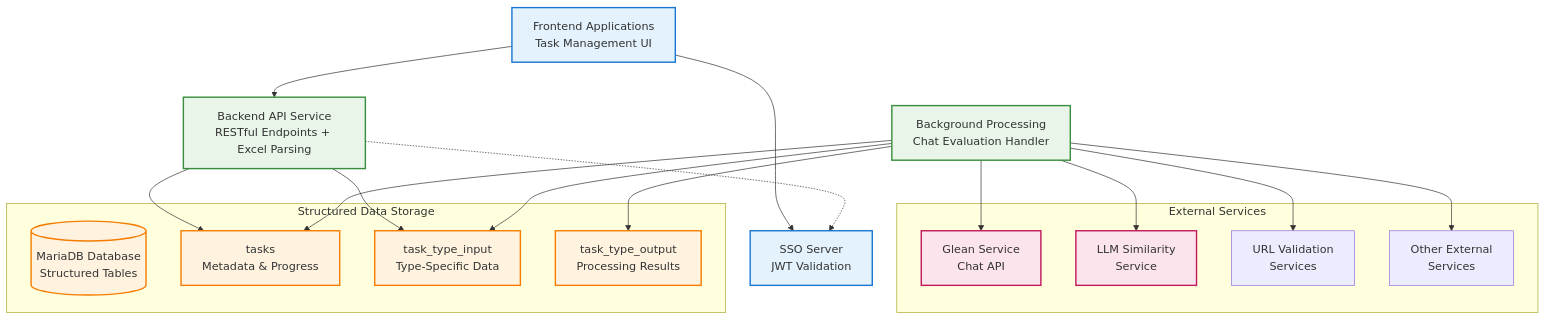
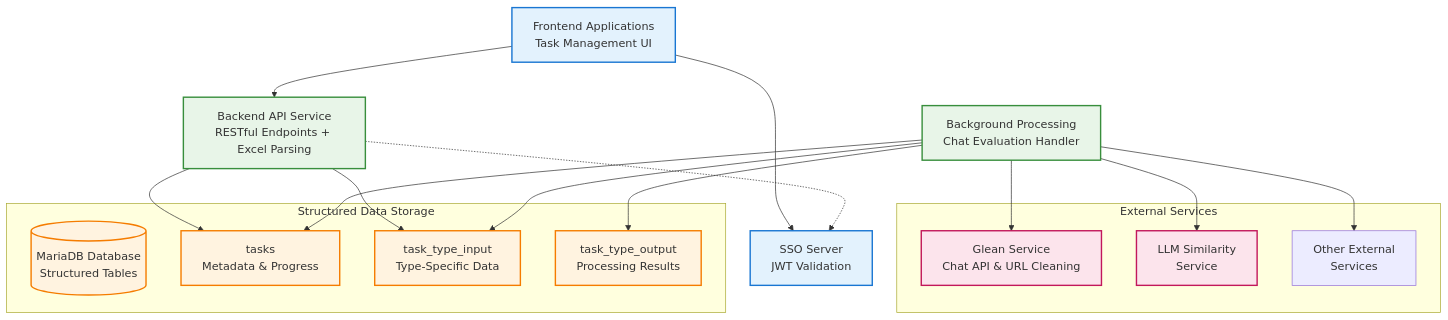
The first of 3 diagrams in docs/README-SHORT.md (andrewhzy/SpringHttpClientDataJpaDemo), drawn with Mermaid before and after one commit. The commit also changed other lines of this file and 2 other files, not shown here.

First line of the commit message:
Enhance API specification and documentation for task types

````diff
--- a/docs/README-SHORT.md
+++ b/docs/README-SHORT.md
@@ -11,51 +11,49 @@
 ```mermaid
 graph TB
     %% User Interface Layer
     FE[Frontend Applications<br/>Task Management UI]
     SSO[SSO Server<br/>JWT Validation]
     
     %% Core Services
     API[Backend API Service<br/>RESTful Endpoints + Excel Parsing]
     BGP[Background Processing<br/>Chat Evaluation Handler]
     
     %% External Services
     subgraph "External Services"
-        Glean[Glean Service<br/>Chat API]
+        Glean[Glean Service<br/>Chat API & URL Cleaning]
         LLM[LLM Similarity<br/>Service]
-        URLSvc[URL Validation<br/>Services]
         Other[Other External<br/>Services]
     end
     
     %% Data Layer - Structured Storage
     subgraph "Structured Data Storage"
         DB[(MariaDB Database<br/>Structured Tables)]
         TasksTable[tasks<br/>Metadata & Progress]
         TaskInput[task_type_input<br/>Type-Specific Data]
         TaskOutput[task_type_output<br/>Processing Results]
     end
     
     %% High-level connections
     FE --> API
     FE --> SSO
     API -.-> SSO
     API --> TasksTable
     API --> TaskInput
     BGP --> TasksTable
     BGP --> TaskInput
     BGP --> TaskOutput
     BGP --> Glean
     BGP --> LLM
-    BGP --> URLSvc
     BGP --> Other
     
     %% Styling
     classDef frontend fill:#e3f2fd,stroke:#1976d2,stroke-width:2px
     classDef backend fill:#e8f5e8,stroke:#388e3c,stroke-width:2px
     classDef external fill:#fce4ec,stroke:#c2185b,stroke-width:2px
     classDef database fill:#fff3e0,stroke:#f57c00,stroke-width:2px
     
     class FE,SSO frontend
     class API,BGP backend
     class Glean,LLM external
     class DB,TasksTable,TaskInput,TaskOutput database
 ```
````
